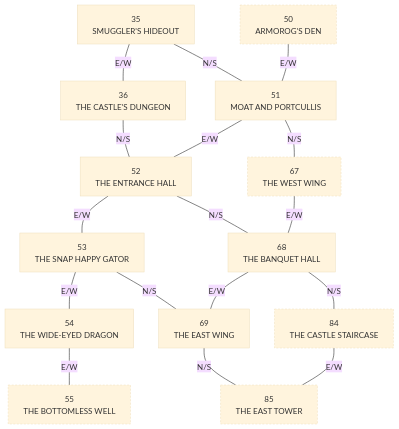
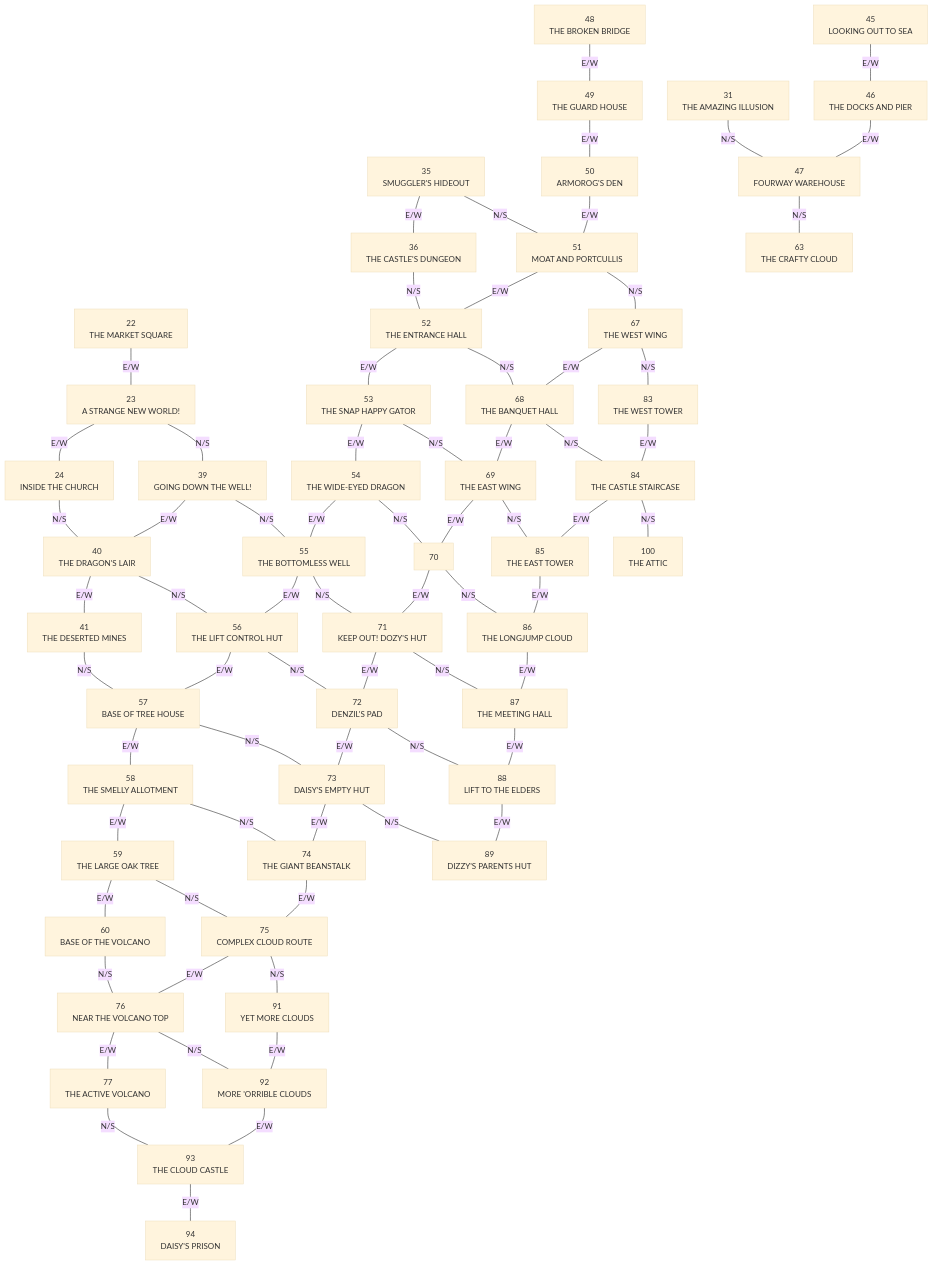
The diagram in games/dizzy/recipe/MAP.md (N0t4R0b0t/game-port-factory), drawn with Mermaid (base theme) before and after one commit. The commit also changed other lines of this file and 124 other files, not shown here.

````diff
--- a/games/dizzy/recipe/MAP.md
+++ b/games/dizzy/recipe/MAP.md
@@ -58,21 +58,72 @@
 ```mermaid
 flowchart TB
+  R22["22<br>THE MARKET SQUARE"]
+  R23["23<br>A STRANGE NEW WORLD!"]
+  R24["24<br>INSIDE THE CHURCH"]
+  R31["31<br>THE AMAZING ILLUSION"]
   R35["35<br>SMUGGLER'S HIDEOUT"]
   R36["36<br>THE CASTLE'S DUNGEON"]
+  R39["39<br>GOING DOWN THE WELL!"]
+  R40["40<br>THE DRAGON'S LAIR"]
+  R41["41<br>THE DESERTED MINES"]
+  R45["45<br>LOOKING OUT TO SEA"]
+  R46["46<br>THE DOCKS AND PIER"]
+  R47["47<br>FOURWAY WAREHOUSE"]
+  R48["48<br>THE BROKEN BRIDGE"]
+  R49["49<br>THE GUARD HOUSE"]
   R50["50<br>ARMOROG'S DEN"]
   R51["51<br>MOAT AND PORTCULLIS"]
   R52["52<br>THE ENTRANCE HALL"]
   R53["53<br>THE SNAP HAPPY GATOR"]
   R54["54<br>THE WIDE-EYED DRAGON"]
   R55["55<br>THE BOTTOMLESS WELL"]
+  R56["56<br>THE LIFT CONTROL HUT"]
+  R57["57<br>BASE OF TREE HOUSE"]
+  R58["58<br>THE SMELLY ALLOTMENT"]
+  R59["59<br>THE LARGE OAK TREE"]
+  R60["60<br>BASE OF THE VOLCANO"]
+  R63["63<br>THE CRAFTY CLOUD"]
   R67["67<br>THE WEST WING"]
   R68["68<br>THE BANQUET HALL"]
   R69["69<br>THE EAST WING"]
+  R70["70<br>"]
+  R71["71<br>KEEP OUT! DOZY'S HUT"]
+  R72["72<br>DENZIL'S PAD"]
+  R73["73<br>DAISY'S EMPTY HUT"]
+  R74["74<br>THE GIANT BEANSTALK"]
+  R75["75<br>COMPLEX CLOUD ROUTE"]
+  R76["76<br>NEAR THE VOLCANO TOP"]
+  R77["77<br>THE ACTIVE VOLCANO"]
+  R83["83<br>THE WEST TOWER"]
   R84["84<br>THE CASTLE STAIRCASE"]
   R85["85<br>THE EAST TOWER"]
+  R86["86<br>THE LONGJUMP CLOUD"]
+  R87["87<br>THE MEETING HALL"]
+  R88["88<br>LIFT TO THE ELDERS"]
+  R89["89<br>DIZZY'S PARENTS HUT"]
+  R91["91<br>YET MORE CLOUDS"]
+  R92["92<br>MORE 'ORRIBLE CLOUDS"]
+  R93["93<br>THE CLOUD CASTLE"]
+  R94["94<br>DAISY'S PRISON"]
+  R100["100<br>THE ATTIC"]
+  R22 -- E/W --- R23
+  R23 -- E/W --- R24
+  R23 -- N/S --- R39
+  R24 -- N/S --- R40
+  R31 -- N/S --- R47
   R35 -- E/W --- R36
   R35 -- N/S --- R51
   R36 -- N/S --- R52
+  R39 -- E/W --- R40
+  R39 -- N/S --- R55
+  R40 -- E/W --- R41
+  R40 -- N/S --- R56
+  R41 -- N/S --- R57
+  R45 -- E/W --- R46
+  R46 -- E/W --- R47
+  R47 -- N/S --- R63
+  R48 -- E/W --- R49
+  R49 -- E/W --- R50
   R50 -- E/W --- R51
   R51 -- E/W --- R52
   R51 -- N/S --- R67
@@ -81,14 +132,46 @@
   R53 -- E/W --- R54
   R53 -- N/S --- R69
   R54 -- E/W --- R55
+  R54 -- N/S --- R70
+  R55 -- E/W --- R56
+  R55 -- N/S --- R71
+  R56 -- E/W --- R57
+  R56 -- N/S --- R72
+  R57 -- E/W --- R58
+  R57 -- N/S --- R73
+  R58 -- E/W --- R59
+  R58 -- N/S --- R74
+  R59 -- E/W --- R60
+  R59 -- N/S --- R75
+  R60 -- N/S --- R76
   R67 -- E/W --- R68
+  R67 -- N/S --- R83
   R68 -- E/W --- R69
   R68 -- N/S --- R84
+  R69 -- E/W --- R70
   R69 -- N/S --- R85
+  R70 -- E/W --- R71
+  R70 -- N/S --- R86
+  R71 -- E/W --- R72
+  R71 -- N/S --- R87
+  R72 -- E/W --- R73
+  R72 -- N/S --- R88
+  R73 -- E/W --- R74
+  R73 -- N/S --- R89
+  R74 -- E/W --- R75
+  R75 -- E/W --- R76
+  R75 -- N/S --- R91
+  R76 -- E/W --- R77
+  R76 -- N/S --- R92
+  R77 -- N/S --- R93
+  R83 -- E/W --- R84
   R84 -- E/W --- R85
-  style R50 stroke-dasharray: 4 3
-  style R55 stroke-dasharray: 4 3
-  style R67 stroke-dasharray: 4 3
-  style R84 stroke-dasharray: 4 3
-  style R85 stroke-dasharray: 4 3
+  R84 -- N/S --- R100
+  R85 -- E/W --- R86
+  R86 -- E/W --- R87
+  R87 -- E/W --- R88
+  R88 -- E/W --- R89
+  R91 -- E/W --- R92
+  R92 -- E/W --- R93
+  R93 -- E/W --- R94
 ```
````
